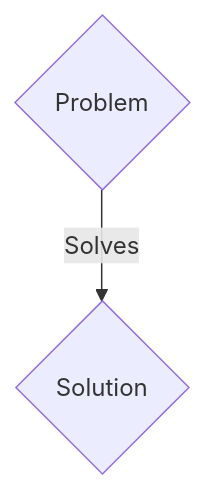
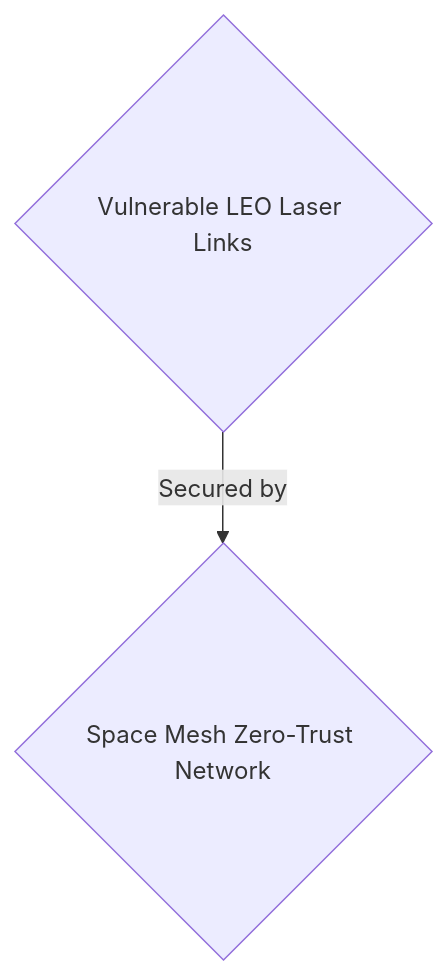
The first of 2 diagrams in ideas/zero-trust-space-mesh/README.md (flouzzy/top-100-ai-startup-ideas), drawn with Mermaid before and after one commit. The commit also changed other lines of this file and 19 other files, not shown here.

````diff
--- a/ideas/zero-trust-space-mesh/README.md
+++ b/ideas/zero-trust-space-mesh/README.md
@@ -17,4 +17,4 @@
 ```mermaid
 graph TD
-    A{"Problem"} -->|"Solves"| B{"Solution"}
+    A{"Vulnerable LEO Laser Links"} -->|"Secured by"| B{"Space Mesh Zero-Trust Network"}
 ```
````
